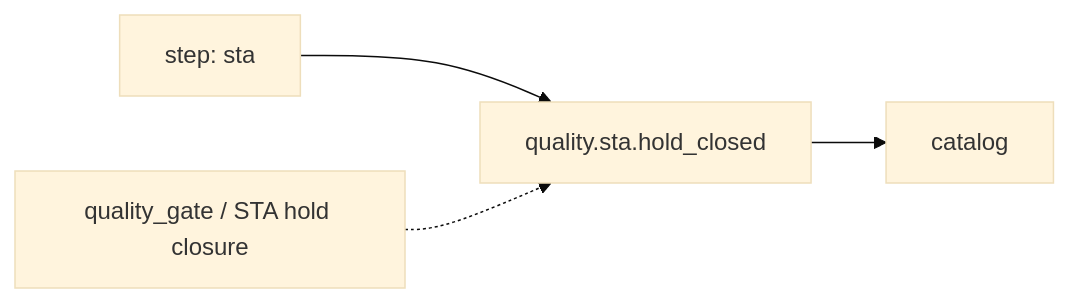
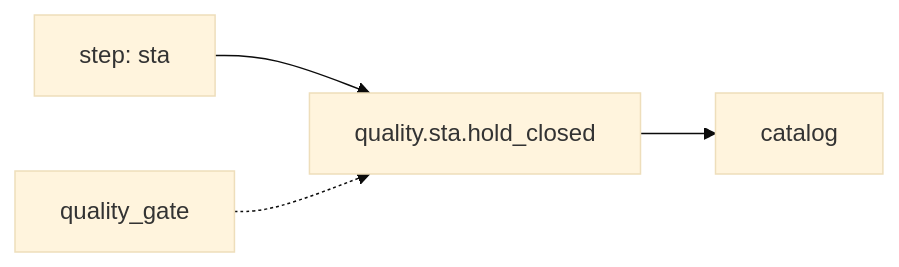
Before and after one commit to openecos-projects/ecc: diagram 15 of 45 in .github/signoff-board/signoff-kanban.md, drawn with Mermaid (base theme). The commit also changed other lines of this file and 4 other files, not shown here.

````diff
--- a/.github/signoff-board/signoff-kanban.md
+++ b/.github/signoff-board/signoff-kanban.md
@@ -240,6 +402,6 @@
 ```mermaid
 flowchart LR
   step_quality_sta_hold_closed["step: sta"] --> metric_quality_sta_hold_closed["quality.sta.hold_closed"]
   metric_quality_sta_hold_closed --> state_quality_sta_hold_closed["catalog"]
-  catalog_quality_sta_hold_closed["quality_gate / STA hold closure"] -.-> metric_quality_sta_hold_closed
+  cat_quality_sta_hold_closed["quality_gate"] -.-> metric_quality_sta_hold_closed
 ```
````
